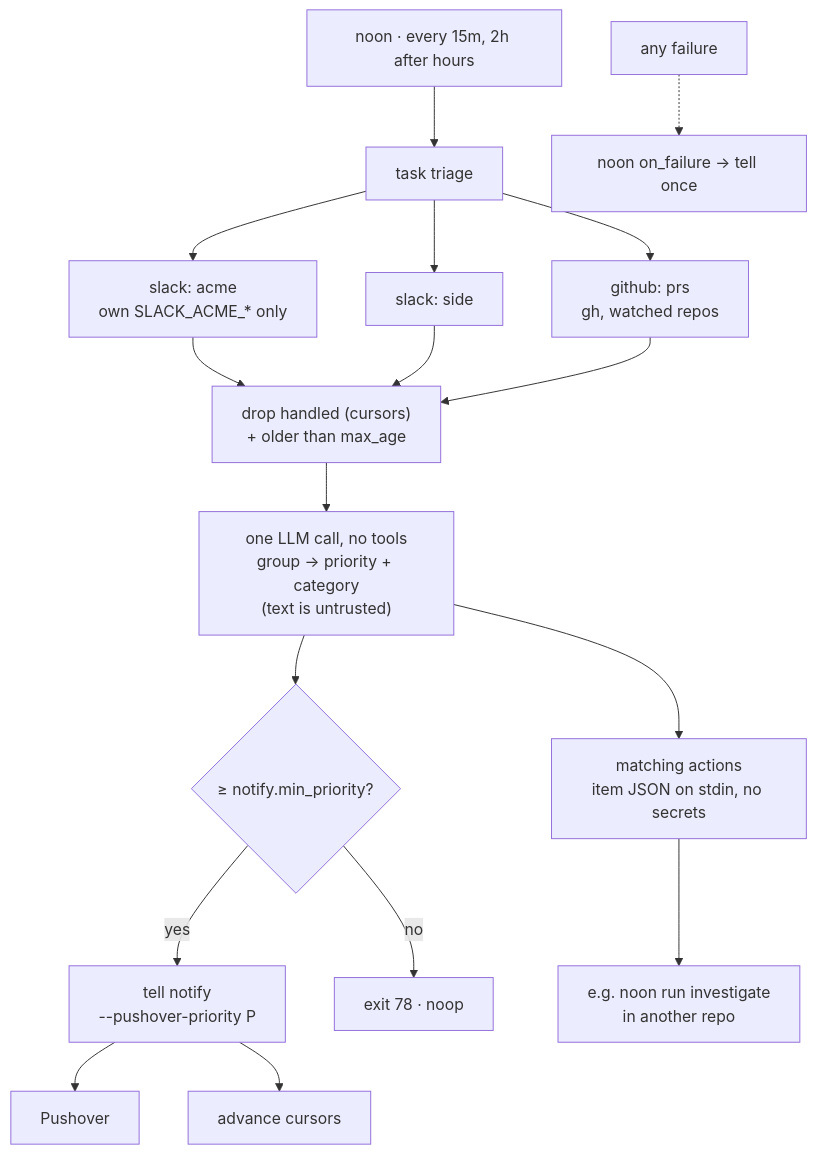
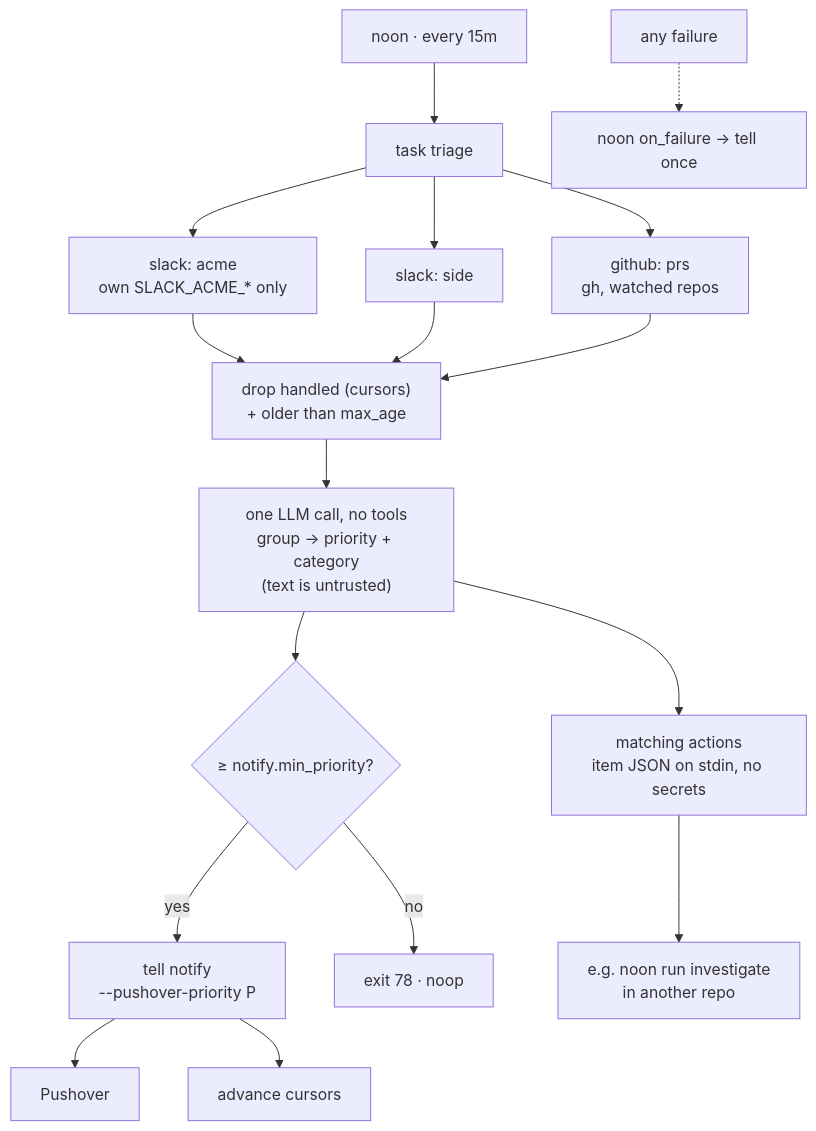
Before and after one commit to brettinternet/watch: the diagram in README.md, drawn with Mermaid. The commit also changed other lines of this file and 6 other files, not shown here.

Commit message:
feat: hold non-urgent triage until work hours

````diff
--- a/README.md
+++ b/README.md
@@ -5,16 +5,16 @@
 ```mermaid
 flowchart TD
-  cron["noon · every 15m, 2h after hours"] --> main["task triage"]
+  cron["noon · every 15m"] --> main["task triage"]
   main --> s1["slack: acme<br/>own SLACK_ACME_* only"]
   main --> s2["slack: side"]
   main --> g1["github: prs<br/>gh, watched repos"]
   s1 & s2 & g1 --> dedupe["drop handled (cursors)<br/>+ older than max_age"]
   dedupe --> llm["one LLM call, no tools<br/>group → priority + category<br/>(text is untrusted)"]
   llm --> prio{"≥ notify.min_priority?"}
   prio -- yes --> tell["tell notify<br/>--pushover-priority P"] --> push["Pushover"]
   prio -- no --> noop["exit 78 · noop"]
   llm --> act["matching actions<br/>item JSON on stdin, no secrets"]
   act --> agent["e.g. noon run investigate<br/>in another repo"]
   tell --> cursors["advance cursors"]
   fail["any failure"] -.-> hook["noon on_failure → tell once"]
 ```
````
